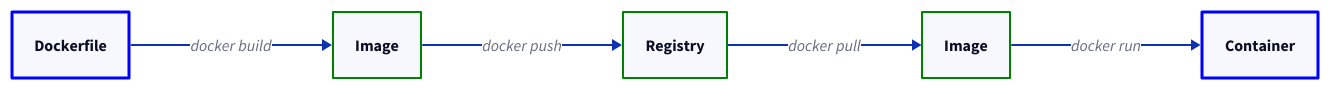
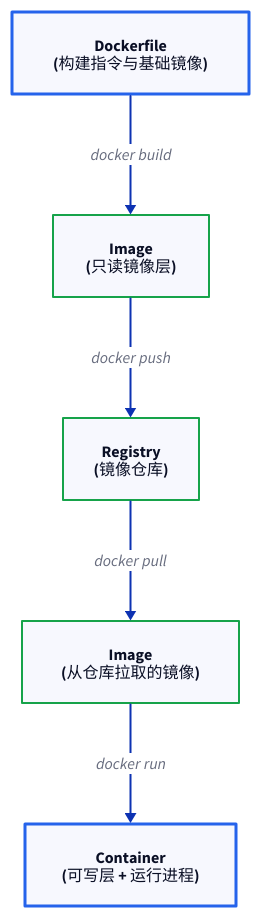
The diagram in images/docker-process-not-machine/docker-build-run-flow.d2 (111qqz/111qqz.github.io), drawn with D2 before and after one commit. The commit also changed 23 other files, not shown here.

Commit message:
feat(diagrams): 重构 12 张过宽配图为纵向/分阶段布局，修正 D2 作用域并按需使用 TALA 111qqz/hugo-blog@0072b7b41add818594301a5db81fbe83de0efd16

```diff
--- a/images/docker-process-not-machine/docker-build-run-flow.d2
+++ b/images/docker-process-not-machine/docker-build-run-flow.d2
@@ -1,36 +1,36 @@
-direction: right
+direction: down
 
-Dockerfile: {
+Dockerfile: "Dockerfile\n(构建指令与基础镜像)" {
   style: {
-    stroke: blue
+    stroke: "#2563eb"
     stroke-width: 3
     bold: true
   }
 }
-Image 1: Image {
+Image 1: "Image\n(只读镜像层)" {
   style: {
-    stroke: green
+    stroke: "#16a34a"
   }
 }
-Registry: {
+Registry: "Registry\n(镜像仓库)" {
   style: {
-    stroke: green
+    stroke: "#16a34a"
   }
 }
-Image 2: Image {
+Image 2: "Image\n(从仓库拉取的镜像)" {
   style: {
-    stroke: green
+    stroke: "#16a34a"
   }
 }
-Container: {
+Container: "Container\n(可写层 + 运行进程)" {
   style: {
-    stroke: blue
+    stroke: "#2563eb"
     stroke-width: 3
     bold: true
   }
 }
 
 Dockerfile -> Image 1: docker build
 Image 1 -> Registry: docker push
 Registry -> Image 2: docker pull
 Image 2 -> Container: docker run
```
